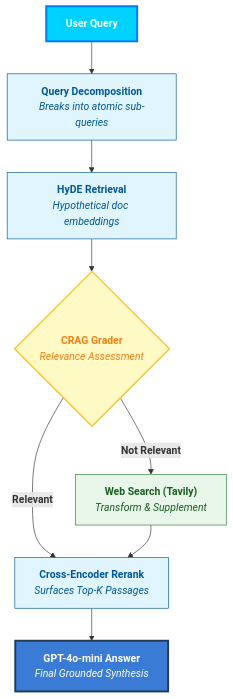
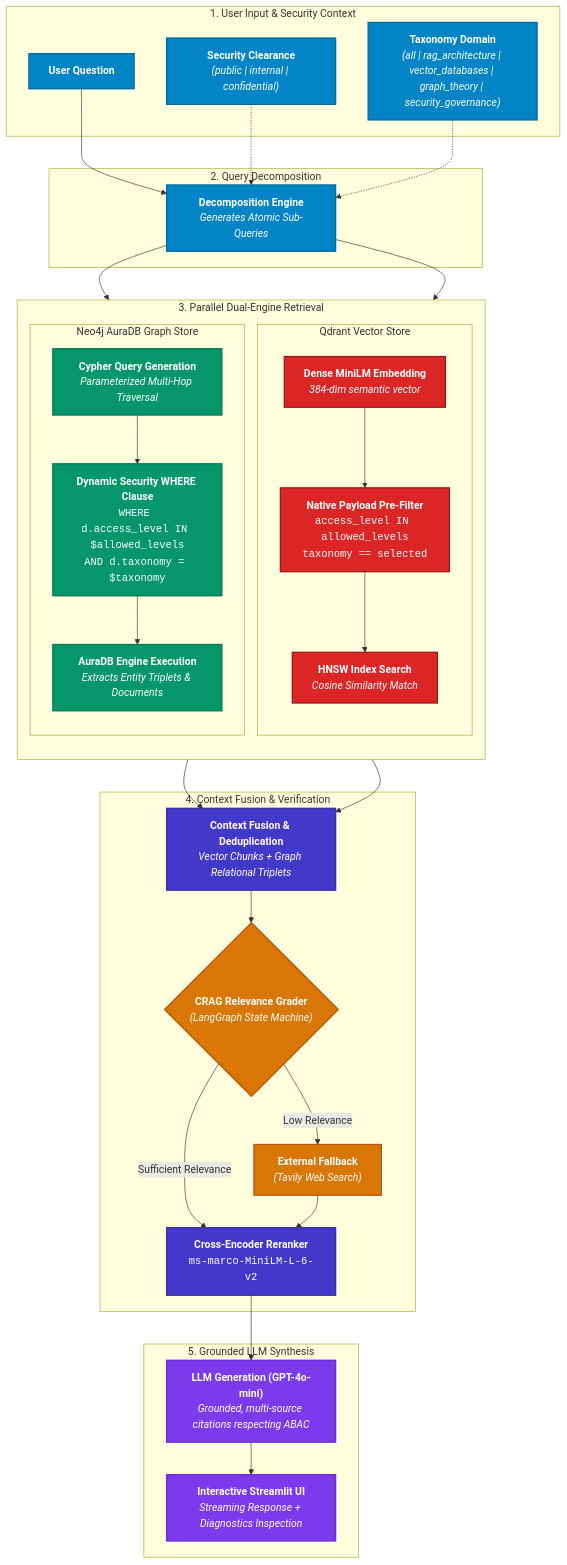
The first of 2 diagrams in README.md (meenub255/Next_Generation_RAG), drawn with Mermaid before and after one commit. The commit also changed other lines of this file and 11 other files, not shown here.

Commit message:
feat: enterprise hybrid graph rag + vector rag, ui screenshots, and architecture documentation

````diff
--- a/README.md
+++ b/README.md
@@ -23,18 +42,74 @@
 ```mermaid
-graph TD
-    A["<b>User Query</b>"]:::startNode --> B["<b>Query Decomposition</b><br/><i>Breaks into atomic sub-queries</i>"]:::processNode
-    B --> C["<b>HyDE Retrieval</b><br/><i>Hypothetical doc embeddings</i>"]:::processNode
-    C --> D{"<b>CRAG Grader</b><br/><i>Relevance Assessment</i>"}:::decisionNode
-    
-    D -- "<b>Relevant</b>" --> E["<b>Cross-Encoder Rerank</b><br/><i>Surfaces Top-K Passages</i>"]:::processNode
-    D -- "<b>Not Relevant</b>" --> F["<b>Web Search (Tavily)</b><br/><i>Transform & Supplement</i>"]:::searchNode
-    
-    F --> E
-    E --> G["<b>GPT-4o-mini Answer</b><br/><i>Final Grounded Synthesis</i>"]:::endNode
+flowchart TD
+    subgraph Input["1. User Input & Security Context"]
+        UQ["<b>User Question</b>"]
+        SEC["<b>Security Clearance</b><br/><i>(public | internal | confidential)</i>"]
+        TAX["<b>Taxonomy Domain</b><br/><i>(all | rag_architecture | vector_databases | graph_theory | security_governance)</i>"]
+    end
 
-    classDef startNode fill:#00d2ff,stroke:#007bff,stroke-width:3px,color:#fff;
-    classDef processNode fill:#e1f5fe,stroke:#01579b,stroke-width:1px,color:#01579b;
-    classDef decisionNode fill:#fff9c4,stroke:#fbc02d,stroke-width:2px,color:#f57f17;
-    classDef searchNode fill:#e8f5e9,stroke:#2e7d32,stroke-width:1px,color:#1b5e20;
-    classDef endNode fill:#3a7bd5,stroke:#243b55,stroke-width:3px,color:#fff;
+    subgraph Planning["2. Query Decomposition"]
+        DECOMP["<b>Decomposition Engine</b><br/><i>Generates Atomic Sub-Queries</i>"]
+    end
+
+    UQ --> DECOMP
+    SEC -.-> DECOMP
+    TAX -.-> DECOMP
+
+    subgraph DualRetrieval["3. Parallel Dual-Engine Retrieval"]
+        direction TB
+        
+        subgraph QdrantEngine["Qdrant Vector Store"]
+            Q_EMB["<b>Dense MiniLM Embedding</b><br/><i>384-dim semantic vector</i>"]
+            Q_FILTER["<b>Native Payload Pre-Filter</b><br/><code>access_level IN allowed_levels</code><br/><code>taxonomy == selected</code>"]
+            Q_HNSW["<b>HNSW Index Search</b><br/><i>Cosine Similarity Match</i>"]
+            Q_EMB --> Q_FILTER --> Q_HNSW
+        end
+
+        subgraph Neo4jEngine["Neo4j AuraDB Graph Store"]
+            CYP_GEN["<b>Cypher Query Generation</b><br/><i>Parameterized Multi-Hop Traversal</i>"]
+            CYP_SEC["<b>Dynamic Security WHERE Clause</b><br/><code>WHERE d.access_level IN $allowed_levels</code><br/><code>AND d.taxonomy = $taxonomy</code>"]
+            CYP_EXEC["<b>AuraDB Engine Execution</b><br/><i>Extracts Entity Triplets & Documents</i>"]
+            CYP_GEN --> CYP_SEC --> CYP_EXEC
+        end
+        
+        DECOMP --> Q_EMB
+        DECOMP --> CYP_GEN
+    end
+
+    subgraph FusionLayer["4. Context Fusion & Verification"]
+        FUSE["<b>Context Fusion & Deduplication</b><br/><i>Vector Chunks + Graph Relational Triplets</i>"]
+        CRAG{"<b>CRAG Relevance Grader</b><br/><i>(LangGraph State Machine)</i>"}
+        FALLBACK["<b>External Fallback</b><br/><i>(Tavily Web Search)</i>"]
+        RERANK["<b>Cross-Encoder Reranker</b><br/><code>ms-marco-MiniLM-L-6-v2</code>"]
+        
+        Q_HNSW --> FUSE
+        CYP_EXEC --> FUSE
+        FUSE --> CRAG
+        CRAG -- "Low Relevance" --> FALLBACK
+        CRAG -- "Sufficient Relevance" --> RERANK
+        FALLBACK --> RERANK
+    end
+
+    subgraph GenerationLayer["5. Grounded LLM Synthesis"]
+        LLM["<b>LLM Generation (GPT-4o-mini)</b><br/><i>Grounded, multi-source citations respecting ABAC</i>"]
+        UI["<b>Interactive Streamlit UI</b><br/><i>Streaming Response + Diagnostics Inspection</i>"]
+        
+        RERANK --> LLM
+        LLM --> UI
+    end
+
+    classDef inputNode fill:#0284c7,stroke:#0369a1,stroke-width:2px,color:#fff;
+    classDef qdrantNode fill:#dc2626,stroke:#991b1b,stroke-width:2px,color:#fff;
+    classDef neo4jNode fill:#059669,stroke:#047857,stroke-width:2px,color:#fff;
+    classDef fusionNode fill:#4338ca,stroke:#3730a3,stroke-width:2px,color:#fff;
+    classDef decisionNode fill:#d97706,stroke:#b45309,stroke-width:2px,color:#fff;
+    classDef endNode fill:#7c3aed,stroke:#6d28d9,stroke-width:2px,color:#fff;
+
+    class UQ,SEC,TAX,DECOMP inputNode;
+    class Q_EMB,Q_FILTER,Q_HNSW qdrantNode;
+    class CYP_GEN,CYP_SEC,CYP_EXEC neo4jNode;
+    class FUSE,RERANK fusionNode;
+    class CRAG decisionNode;
+    class FALLBACK decisionNode;
+    class LLM,UI endNode;
 ```
````
